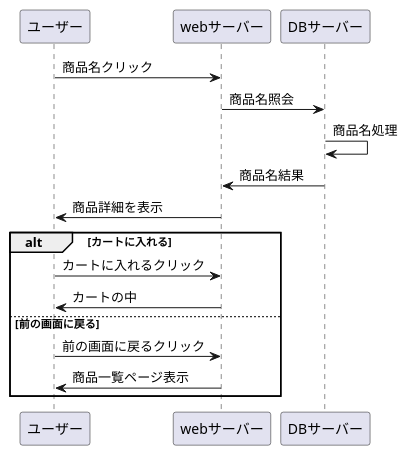
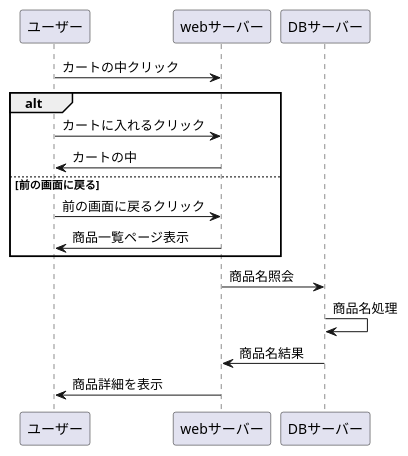
Before and after one commit to Aso2001403/2021sys-design: the diagram in ka-toin.md, drawn with PlantUML. The commit also changed other lines of this file, not shown here.

````diff
--- a/ka-toin.md
+++ b/ka-toin.md
@@ -1,19 +1,19 @@
 ```uml
 @startuml
 
 
-ユーザー -> webサーバー : 商品名クリック
-webサーバー -> DBサーバー : 商品名照会
-DBサーバー -> DBサーバー : 商品名処理
-DBサーバー -> webサーバー : 商品名結果
-webサーバー -> ユーザー : 商品詳細を表示
-
-alt カートに入れる
+ユーザー -> webサーバー : カートの中クリック
+alt 
  ユーザー -> webサーバー :カートに入れるクリック
  webサーバー -> ユーザー:カートの中
  else 前の画面に戻る
  ユーザー -> webサーバー :前の画面に戻るクリック
  webサーバー -> ユーザー:商品一覧ページ表示
  end
+webサーバー -> DBサーバー : 商品名照会
+DBサーバー -> DBサーバー : 商品名処理
+DBサーバー -> webサーバー : 商品名結果
+webサーバー -> ユーザー : 商品詳細を表示
+
 @enduml
 ```
````
